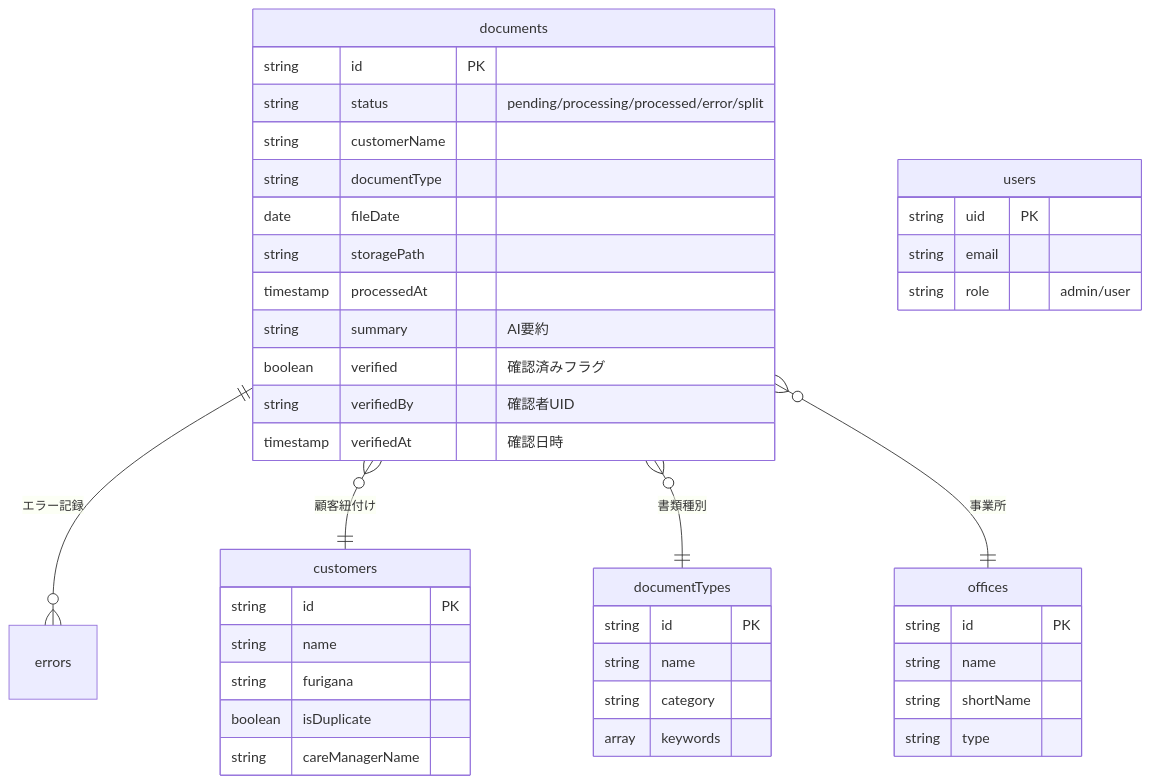
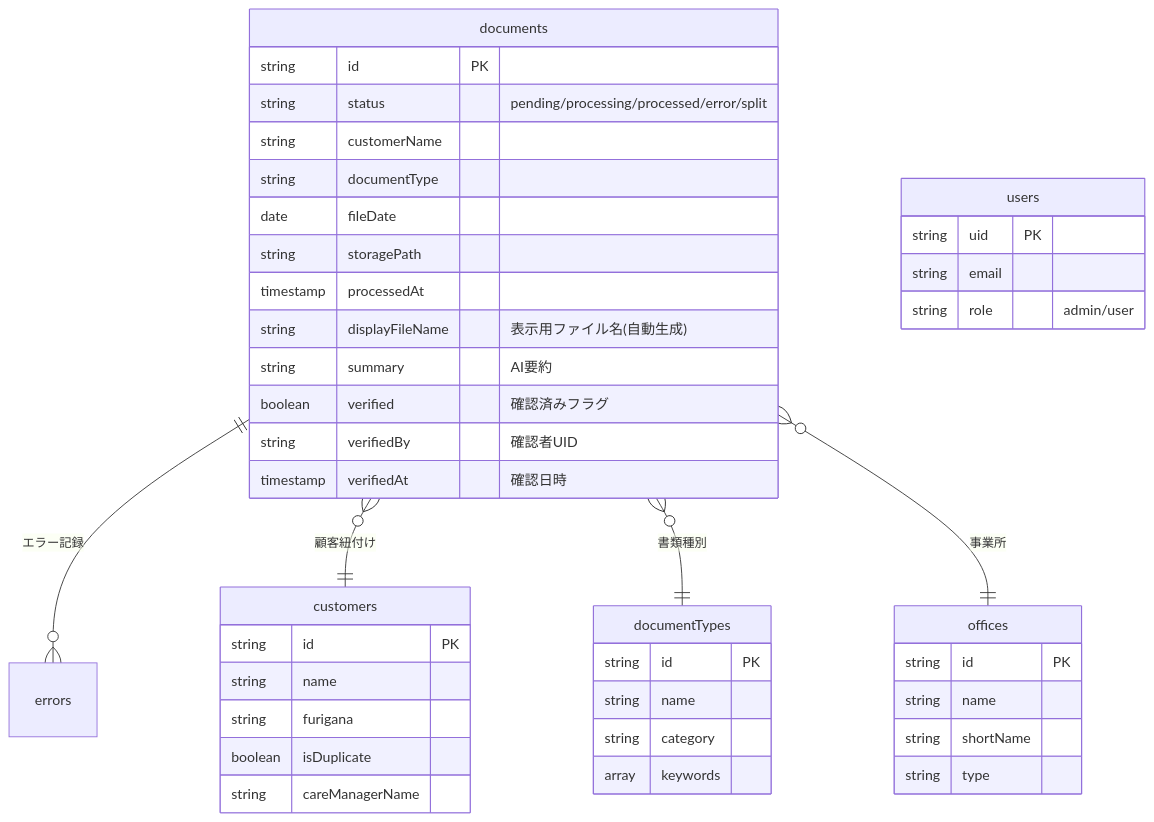
The fourth of 5 diagrams in docs/architecture.md (yasushi-honda/doc-split), drawn with Mermaid before and after one commit. The commit also changed other lines of this file and 1 other file, not shown here.

First line of the commit message:
docs: 監査指摘対応 - architecture.md/data-model.md更新

````diff
--- a/docs/architecture.md
+++ b/docs/architecture.md
@@ -132,49 +133,50 @@
 ```mermaid
 erDiagram
     documents ||--o{ errors : "エラー記録"
     documents }o--|| customers : "顧客紐付け"
     documents }o--|| documentTypes : "書類種別"
     documents }o--|| offices : "事業所"
 
     documents {
         string id PK
         string status "pending/processing/processed/error/split"
         string customerName
         string documentType
         date fileDate
         string storagePath
         timestamp processedAt
+        string displayFileName "表示用ファイル名(自動生成)"
         string summary "AI要約"
         boolean verified "確認済みフラグ"
         string verifiedBy "確認者UID"
         timestamp verifiedAt "確認日時"
     }
 
     customers {
         string id PK
         string name
         string furigana
         boolean isDuplicate
         string careManagerName
     }
 
     documentTypes {
         string id PK
         string name
         string category
         array keywords
     }
 
     offices {
         string id PK
         string name
         string shortName
         string type
     }
 
     users {
         string uid PK
         string email
         string role "admin/user"
     }
 ```
````
